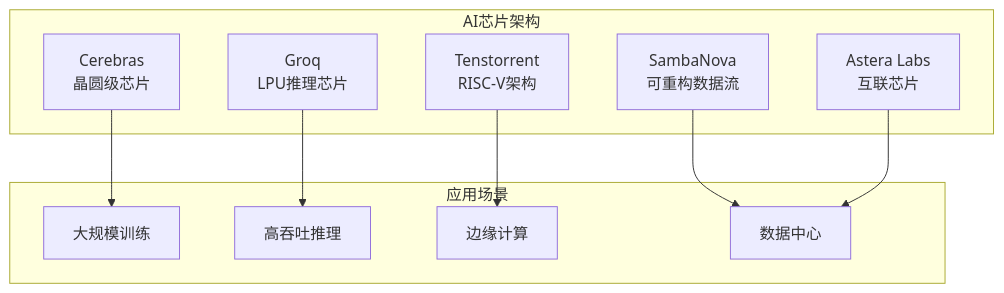
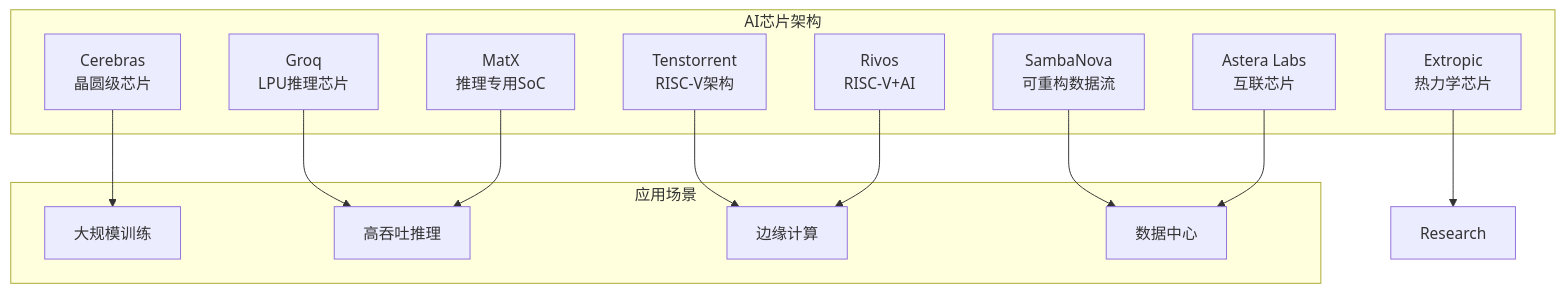
One commit to allengaller/awesome-startups changed the seventh of 9 diagrams in .qoder/repowiki/zh/content/AI & 大模型领域/AI & 大模型领域.md. Above: the diagram before and after it, drawn with Mermaid. The commit also changed other lines of this file and 113 other files, not shown here.

````diff
--- a/.qoder/repowiki/zh/content/AI & 大模型领域/AI & 大模型领域.md
+++ b/.qoder/repowiki/zh/content/AI & 大模型领域/AI & 大模型领域.md
@@ -383,21 +418,27 @@
 ```mermaid
 graph TB
 subgraph "AI芯片架构"
 Cerebras["Cerebras<br/>晶圆级芯片"]
 Groq["Groq<br/>LPU推理芯片"]
 SambaNova["SambaNova<br/>可重构数据流"]
 Tenstorrent["Tenstorrent<br/>RISC-V架构"]
 Astera["Astera Labs<br/>互联芯片"]
+Rivos["Rivos<br/>RISC-V+AI"]
+MatX["MatX<br/>推理专用SoC"]
+Extropic["Extropic<br/>热力学芯片"]
 end
 subgraph "应用场景"
 Training["大规模训练"]
 Inference["高吞吐推理"]
 Edge["边缘计算"]
 Datacenter["数据中心"]
 end
 Cerebras --> Training
 Groq --> Inference
 SambaNova --> Datacenter
 Tenstorrent --> Edge
 Astera --> Datacenter
+Rivos --> Edge
+MatX --> Inference
+Extropic --> Research
 ```
````
